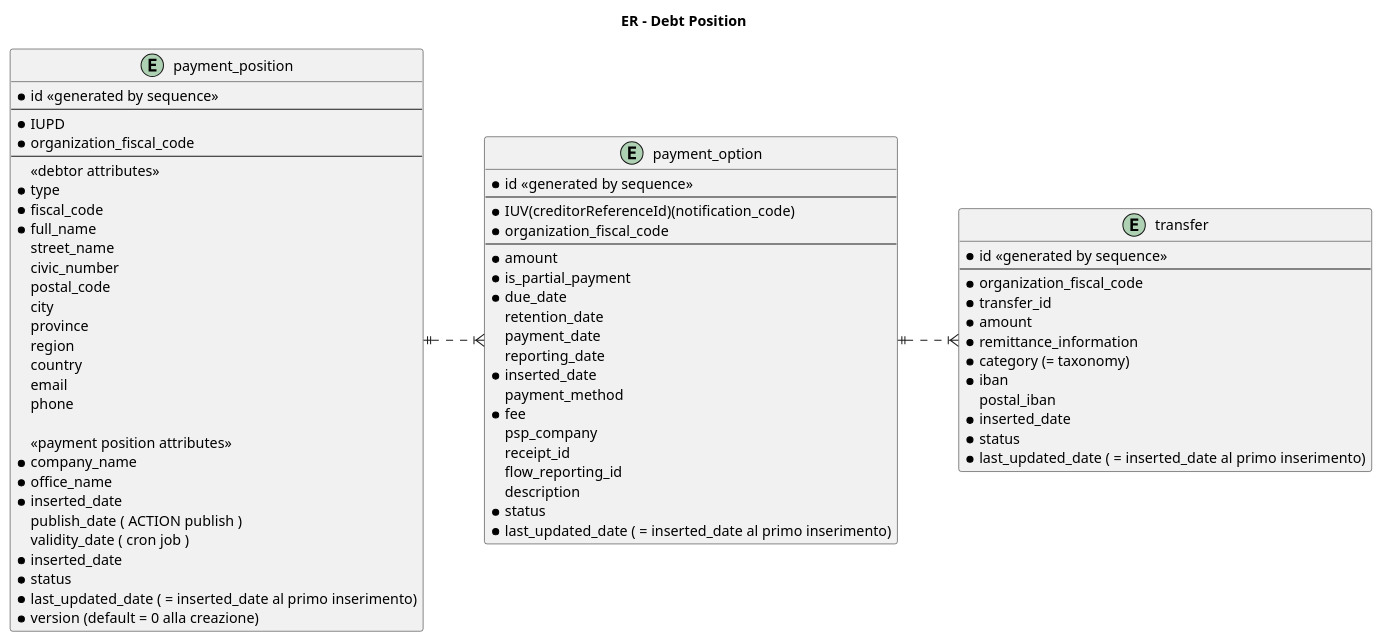
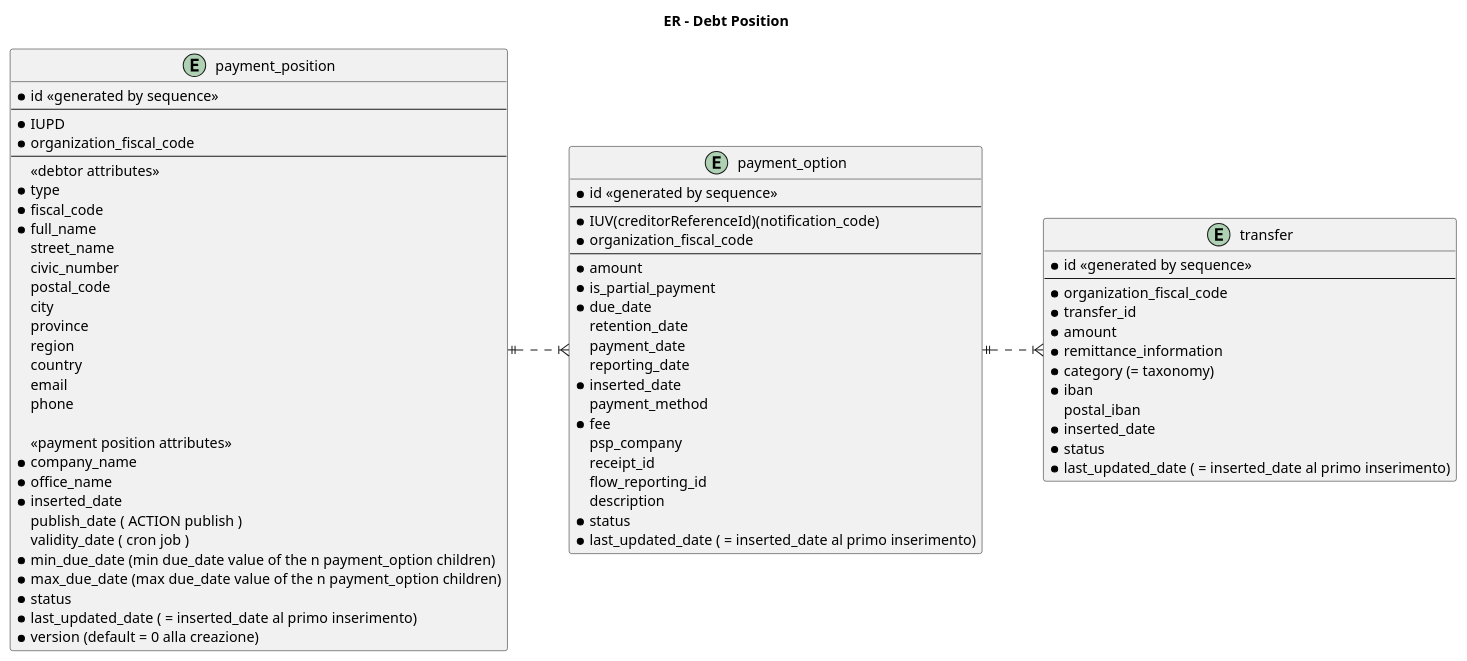
One commit to pagopa/pagopa-debt-position changed the diagram in gpd/doc/db/re.puml. Above: the diagram before and after it, drawn with PlantUML. The commit also changed 3 other files, not shown here.

Commit message:
[PPD-50] invalidare posizione debitoria: aggiornato diagramma ER

```diff
--- a/gpd/doc/db/re.puml
+++ b/gpd/doc/db/re.puml
@@ -1,81 +1,82 @@
 @startuml ER-debtPosition
 left to right direction
 
 title ER - Debt Position
 
 
 entity payment_position {
   * id <<generated by sequence>>
   --
   * IUPD
   * organization_fiscal_code
   --
   <<debtor attributes>>
   * type
   * fiscal_code
   * full_name
   street_name
   civic_number
   postal_code
   city
   province
   region
   country
   email
   phone
   
   <<payment position attributes>>
   * company_name
   * office_name
   * inserted_date 
     publish_date ( ACTION publish )
     validity_date ( cron job )
-  * inserted_date 
+  * min_due_date (min due_date value of the n payment_option children) 
+  * max_due_date (max due_date value of the n payment_option children) 
   * status 
   * last_updated_date ( = inserted_date al primo inserimento)
   * version (default = 0 alla creazione)
 }
 
 
 entity payment_option {
   * id <<generated by sequence>>
   --
   * IUV(creditorReferenceId)(notification_code)
   * organization_fiscal_code
   --
   * amount
   * is_partial_payment
   * due_date
     retention_date
     payment_date
     reporting_date
   * inserted_date
     payment_method
   * fee
     psp_company
     receipt_id
     flow_reporting_id
     description
   * status
   * last_updated_date ( = inserted_date al primo inserimento)
 }
 
 
 entity transfer {
   * id <<generated by sequence>>
   --
   * organization_fiscal_code
   * transfer_id
   * amount
   * remittance_information
   * category (= taxonomy)
   * iban
     postal_iban
   * inserted_date
   * status
   * last_updated_date ( = inserted_date al primo inserimento) 
 }
 
 payment_position ||..|{ payment_option
 payment_option ||..|{ transfer
 @enduml
```
